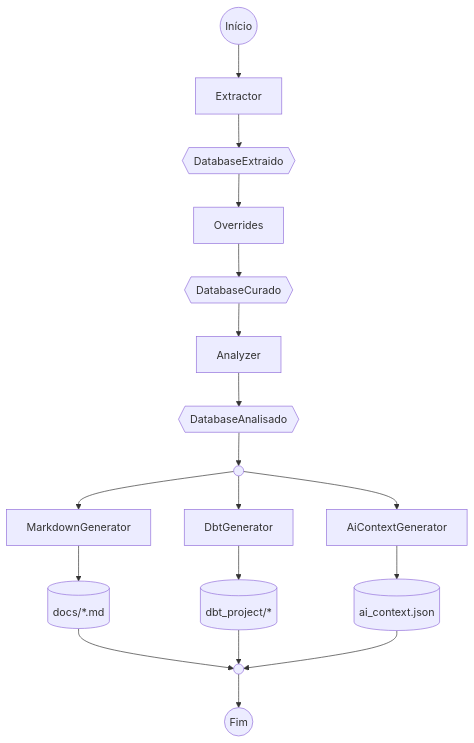
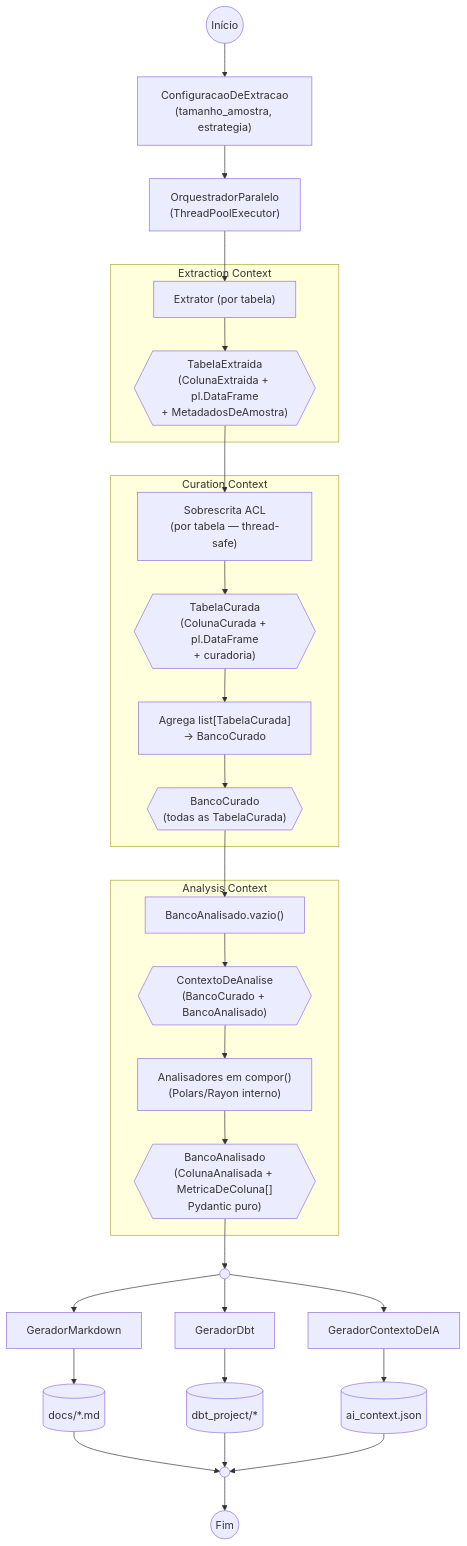
The diagram in docs/system_design_doc.md (ThiagoLimaC/ddf), drawn with Mermaid before and after one commit. The commit also changed other lines of this file and 6 other files, not shown here.

````diff
--- a/docs/system_design_doc.md
+++ b/docs/system_design_doc.md
@@ -52,25 +60,43 @@
 ```mermaid
 flowchart TD
     start((Início))
-    extract["Extractor"]
-    extracted{{"DatabaseExtraido"}}
-    overrides["Overrides"]
-    curated{{"DatabaseCurado"}}
-    analyze["Analyzer"]
-    analyzed{{"DatabaseAnalisado"}}
+    config["ConfiguracaoDeExtracao\n(tamanho_amostra, estrategia)"]
+    orch["OrquestradorParalelo\n(ThreadPoolExecutor)"]
+
+    subgraph extraction["Extraction Context"]
+        extract["Extrator (por tabela)"]
+        tabela_extraida{{"TabelaExtraida\n(ColunaExtraida + pl.DataFrame\n+ MetadadosDeAmostra)"}}
+    end
+
+    subgraph curation["Curation Context"]
+        overrides["Sobrescrita ACL\n(por tabela — thread-safe)"]
+        tabela_curada{{"TabelaCurada\n(ColunaCurada + pl.DataFrame\n+ curadoria)"}}
+        aggregate["Agrega list[TabelaCurada]\n→ BancoCurado"]
+        curated{{"BancoCurado\n(todas as TabelaCurada)"}}
+    end
+    
+    subgraph analysis["Analysis Context"]
+        ctx_init["BancoAnalisado.vazio()"]
+        contexto{{"ContextoDeAnalise\n(BancoCurado + BancoAnalisado)"}}
+        analyze["Analisadores em compor()\n(Polars/Rayon interno)"]
+        analyzed{{"BancoAnalisado\n(ColunaAnalisada + MetricaDeColuna[]\nPydantic puro)"}}
+    end
+
     fork((" "))
-    genMd["MarkdownGenerator"]
-    genDbt["DbtGenerator"]
-    genAi["AiContextGenerator"]
+    genMd["GeradorMarkdown"]
+    genDbt["GeradorDbt"]
+    genAi["GeradorContextoDeIA"]
     artMd[("docs/*.md")]
     artDbt[("dbt_project/*")]
     artAi[("ai_context.json")]
     join((" "))
     stop((Fim))
 
-    start --> extract --> extracted --> overrides --> curated --> analyze --> analyzed --> fork
+    start --> config --> orch
+    orch --> extract --> tabela_extraida --> overrides --> tabela_curada --> aggregate
+    aggregate --> curated --> ctx_init --> contexto --> analyze --> analyzed --> fork
     fork --> genMd --> artMd --> join
     fork --> genDbt --> artDbt --> join
     fork --> genAi --> artAi --> join
     join --> stop
 ```
````
